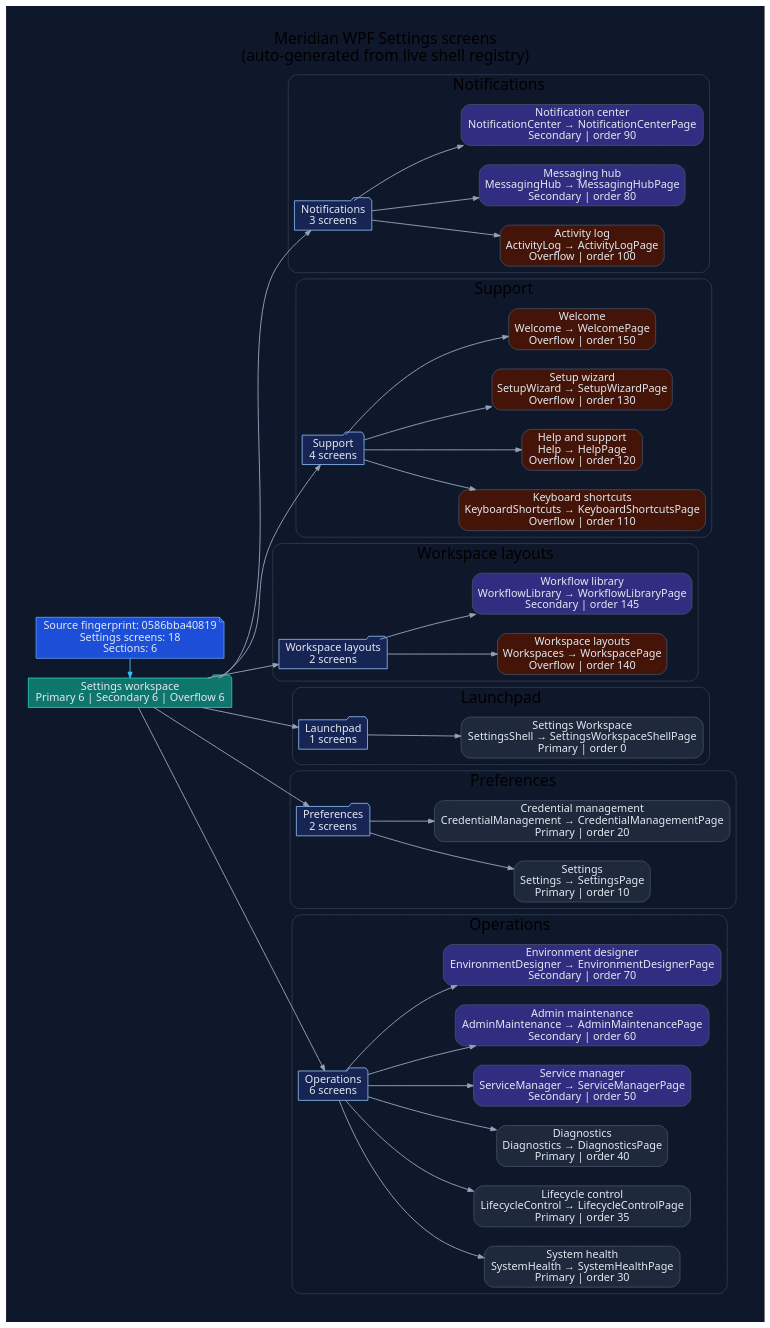
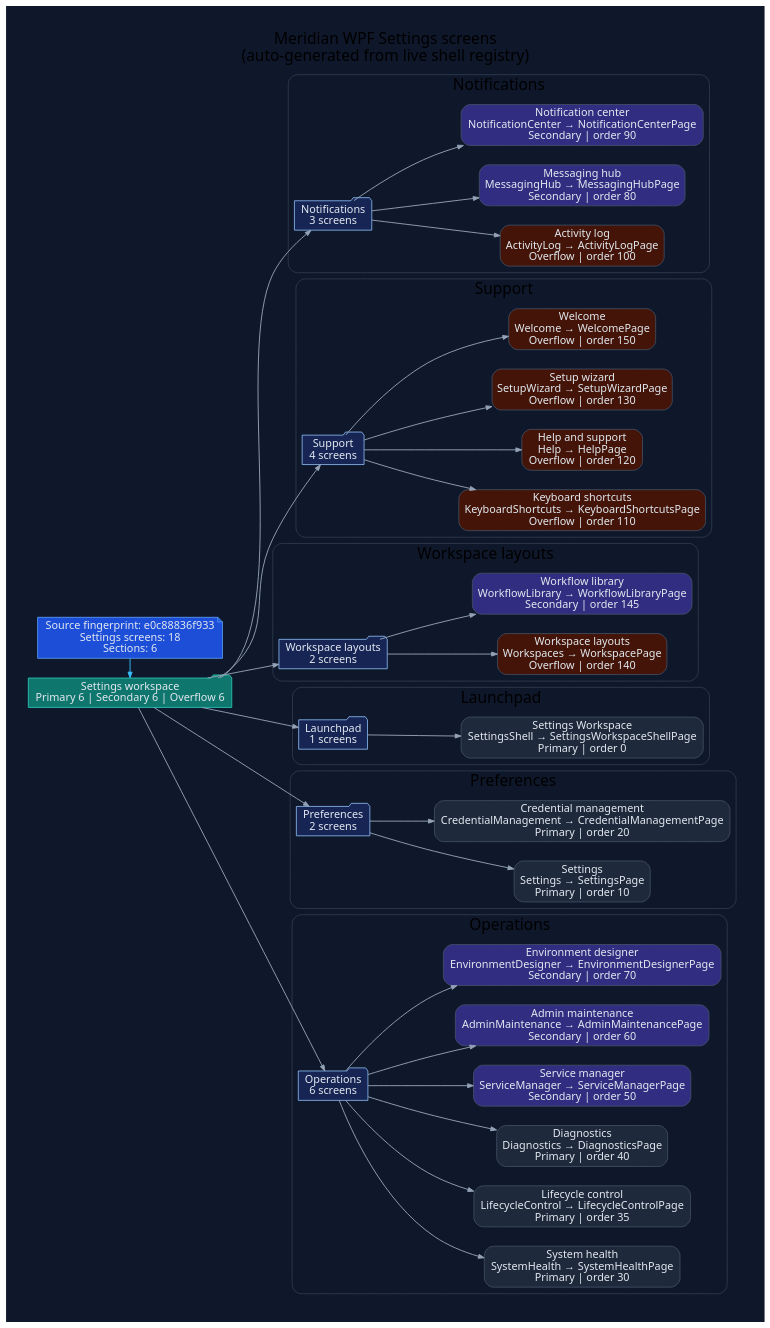
Before and after one commit to rodoHasArrived/Meridian-main: the diagram in docs/diagrams/ui-wpf-screens-settings.dot, drawn with Graphviz. The commit also changed 21 other files, not shown here.

First line of the commit message:
docs(diagrams): regenerate UI diagrams for the changed WPF source fingerprint

```diff
--- a/docs/diagrams/ui-wpf-screens-settings.dot
+++ b/docs/diagrams/ui-wpf-screens-settings.dot
@@ -1,110 +1,110 @@
 // -----------------------------------------------------------------------------
 // <auto-generated>
 // Generated by scripts/generate-diagrams.mjs.
 // Do not edit this file directly; update the WPF source files instead.
 // -----------------------------------------------------------------------------
 digraph WpfSettingsScreens {
   graph [
     rankdir=LR,
     labelloc=t,
     label="Meridian WPF Settings screens\n(auto-generated from live shell registry)",
     fontname="Segoe UI",
     fontsize=20,
     pad=0.4,
     nodesep=0.35,
     ranksep=0.85,
     bgcolor="#0f172a"
   ];
   node [fontname="Segoe UI", shape=box, style="rounded,filled", color="#475569", fontcolor="#e2e8f0", fillcolor="#1e293b"];
   edge [fontname="Segoe UI", color="#94a3b8", penwidth=1.2, arrowsize=0.75];
 
-  generated [shape=note, fillcolor="#1d4ed8", color="#60a5fa", label="Source fingerprint: 0586bba40819\nSettings screens: 18\nSections: 6"];
+  generated [shape=note, fillcolor="#1d4ed8", color="#60a5fa", label="Source fingerprint: e0c88836f933\nSettings screens: 18\nSections: 6"];
   workspace [shape=folder, fillcolor="#0f766e", color="#2dd4bf", label="Settings workspace\nPrimary 6 | Secondary 6 | Overflow 6"];
   generated -> workspace [color="#38bdf8"];
 
   subgraph cluster_section_1 {
     label="Notifications";
     color="#334155";
     style="rounded";
     section_1 [shape=folder, fillcolor="#172554", color="#93c5fd", label="Notifications\n3 screens"];
     workspace -> section_1;
     screen_ActivityLog [fillcolor="#431407", label="Activity log\nActivityLog → ActivityLogPage\nOverflow | order 100"];
     section_1 -> screen_ActivityLog;
     screen_MessagingHub [fillcolor="#312e81", label="Messaging hub\nMessagingHub → MessagingHubPage\nSecondary | order 80"];
     section_1 -> screen_MessagingHub;
     screen_NotificationCenter [fillcolor="#312e81", label="Notification center\nNotificationCenter → NotificationCenterPage\nSecondary | order 90"];
     section_1 -> screen_NotificationCenter;
   }
 
   subgraph cluster_section_2 {
     label="Support";
     color="#334155";
     style="rounded";
     section_2 [shape=folder, fillcolor="#172554", color="#93c5fd", label="Support\n4 screens"];
     workspace -> section_2;
     screen_KeyboardShortcuts [fillcolor="#431407", label="Keyboard shortcuts\nKeyboardShortcuts → KeyboardShortcutsPage\nOverflow | order 110"];
     section_2 -> screen_KeyboardShortcuts;
     screen_Help [fillcolor="#431407", label="Help and support\nHelp → HelpPage\nOverflow | order 120"];
     section_2 -> screen_Help;
     screen_SetupWizard [fillcolor="#431407", label="Setup wizard\nSetupWizard → SetupWizardPage\nOverflow | order 130"];
     section_2 -> screen_SetupWizard;
     screen_Welcome [fillcolor="#431407", label="Welcome\nWelcome → WelcomePage\nOverflow | order 150"];
     section_2 -> screen_Welcome;
   }
 
   subgraph cluster_section_3 {
     label="Workspace layouts";
     color="#334155";
     style="rounded";
     section_3 [shape=folder, fillcolor="#172554", color="#93c5fd", label="Workspace layouts\n2 screens"];
     workspace -> section_3;
     screen_Workspaces [fillcolor="#431407", label="Workspace layouts\nWorkspaces → WorkspacePage\nOverflow | order 140"];
     section_3 -> screen_Workspaces;
     screen_WorkflowLibrary [fillcolor="#312e81", label="Workflow library\nWorkflowLibrary → WorkflowLibraryPage\nSecondary | order 145"];
     section_3 -> screen_WorkflowLibrary;
   }
 
   subgraph cluster_section_4 {
     label="Launchpad";
     color="#334155";
     style="rounded";
     section_4 [shape=folder, fillcolor="#172554", color="#93c5fd", label="Launchpad\n1 screens"];
     workspace -> section_4;
     screen_SettingsShell [fillcolor="#1e293b", label="Settings Workspace\nSettingsShell → SettingsWorkspaceShellPage\nPrimary | order 0"];
     section_4 -> screen_SettingsShell;
   }
 
   subgraph cluster_section_5 {
     label="Preferences";
     color="#334155";
     style="rounded";
     section_5 [shape=folder, fillcolor="#172554", color="#93c5fd", label="Preferences\n2 screens"];
     workspace -> section_5;
     screen_Settings [fillcolor="#1e293b", label="Settings\nSettings → SettingsPage\nPrimary | order 10"];
     section_5 -> screen_Settings;
     screen_CredentialManagement [fillcolor="#1e293b", label="Credential management\nCredentialManagement → CredentialManagementPage\nPrimary | order 20"];
     section_5 -> screen_CredentialManagement;
   }
 
   subgraph cluster_section_6 {
     label="Operations";
     color="#334155";
     style="rounded";
     section_6 [shape=folder, fillcolor="#172554", color="#93c5fd", label="Operations\n6 screens"];
     workspace -> section_6;
     screen_SystemHealth [fillcolor="#1e293b", label="System health\nSystemHealth → SystemHealthPage\nPrimary | order 30"];
     section_6 -> screen_SystemHealth;
     screen_LifecycleControl [fillcolor="#1e293b", label="Lifecycle control\nLifecycleControl → LifecycleControlPage\nPrimary | order 35"];
     section_6 -> screen_LifecycleControl;
     screen_Diagnostics [fillcolor="#1e293b", label="Diagnostics\nDiagnostics → DiagnosticsPage\nPrimary | order 40"];
     section_6 -> screen_Diagnostics;
     screen_ServiceManager [fillcolor="#312e81", label="Service manager\nServiceManager → ServiceManagerPage\nSecondary | order 50"];
     section_6 -> screen_ServiceManager;
     screen_AdminMaintenance [fillcolor="#312e81", label="Admin maintenance\nAdminMaintenance → AdminMaintenancePage\nSecondary | order 60"];
     section_6 -> screen_AdminMaintenance;
     screen_EnvironmentDesigner [fillcolor="#312e81", label="Environment designer\nEnvironmentDesigner → EnvironmentDesignerPage\nSecondary | order 70"];
     section_6 -> screen_EnvironmentDesigner;
   }
 
   { rank=min; generated; workspace; }
 }
```
